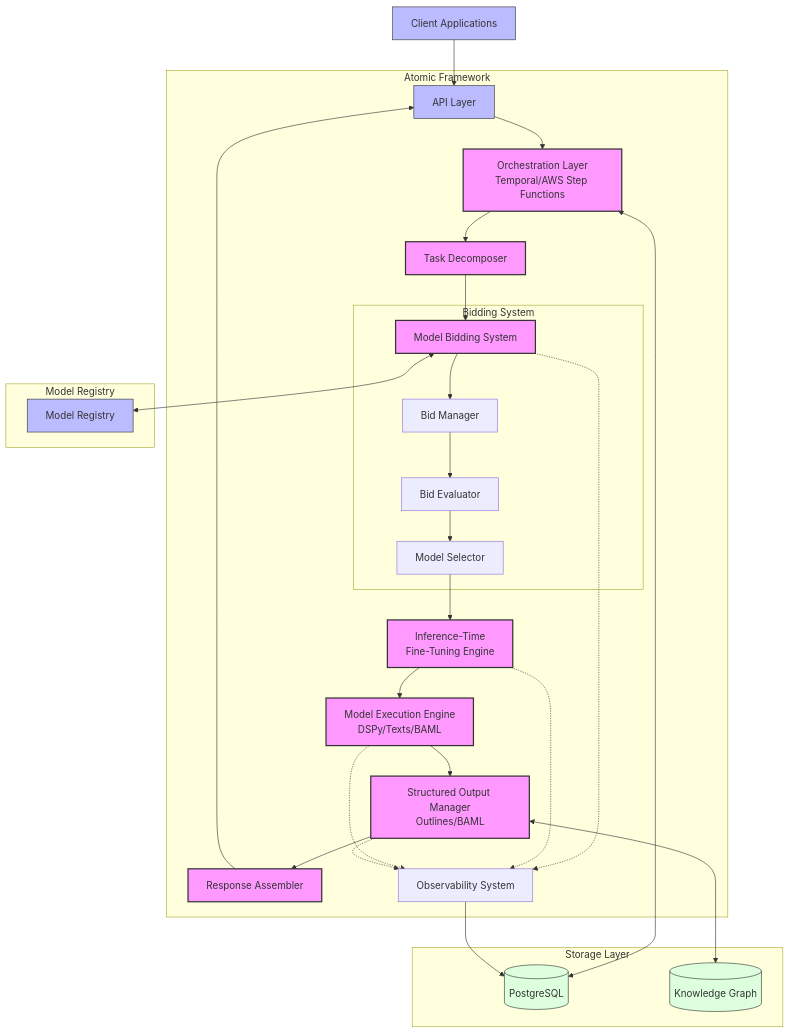
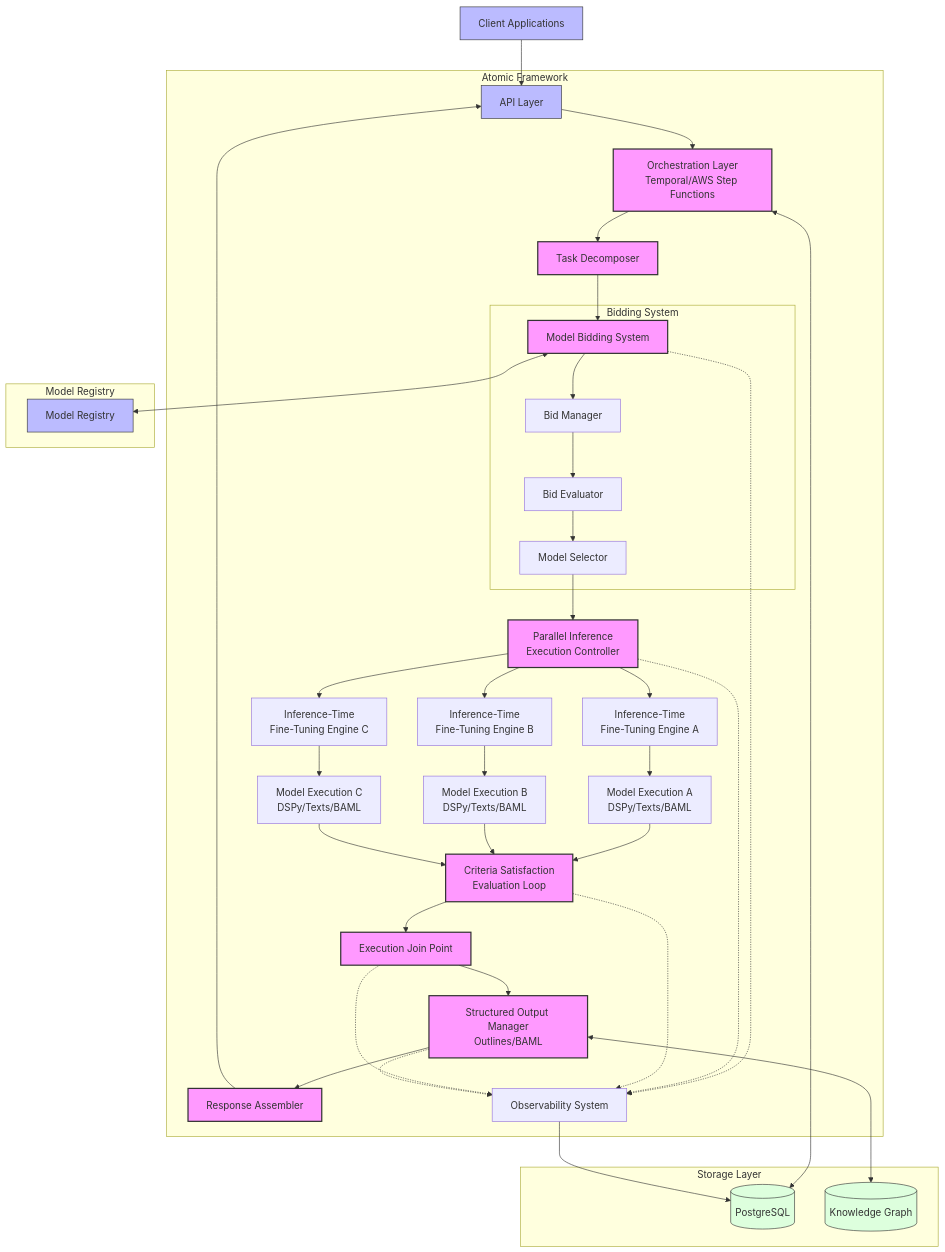
One commit to andrewhopper/atomic changed the first of 2 diagrams in readme.md. Above: the diagram before and after it, drawn with Mermaid. The commit also changed other lines of this file, not shown here.

````diff
--- a/readme.md
+++ b/readme.md
@@ -28,63 +27,80 @@
 ```mermaid
 graph TD
     %% External Interfaces
     Client[Client Applications] --> API[API Layer]
     
     %% Core Components
     subgraph "Atomic Framework"
         API --> Orchestration[Orchestration Layer<br>Temporal/AWS Step Functions]
         
         %% Task Processing Flow
         Orchestration --> TaskDecomposer[Task Decomposer]
         TaskDecomposer --> BiddingSystem[Model Bidding System]
         
         %% Bidding System Components
         subgraph "Bidding System"
             BiddingSystem --> BidManager[Bid Manager]
             BidManager --> BidEvaluator[Bid Evaluator]
             BidEvaluator --> ModelSelector[Model Selector]
         end
         
-        %% Model Execution
-        ModelSelector --> FineTuning[Inference-Time<br>Fine-Tuning Engine]
-        FineTuning --> ModelExecution[Model Execution Engine<br>DSPy/Texts/BAML]
+        %% Parallel Model Execution
+        ModelSelector --> ParallelExecution[Parallel Inference<br>Execution Controller]
+        
+        %% Parallel Execution Branches
+        ParallelExecution --> FineTuningA[Inference-Time<br>Fine-Tuning Engine A]
+        ParallelExecution --> FineTuningB[Inference-Time<br>Fine-Tuning Engine B]
+        ParallelExecution --> FineTuningC[Inference-Time<br>Fine-Tuning Engine C]
+        
+        FineTuningA --> ModelExecutionA[Model Execution A<br>DSPy/Texts/BAML]
+        FineTuningB --> ModelExecutionB[Model Execution B<br>DSPy/Texts/BAML]
+        FineTuningC --> ModelExecutionC[Model Execution C<br>DSPy/Texts/BAML]
+        
+        %% Criteria Evaluation Loop
+        ModelExecutionA --> CriteriaEvaluator[Criteria Satisfaction<br>Evaluation Loop]
+        ModelExecutionB --> CriteriaEvaluator
+        ModelExecutionC --> CriteriaEvaluator
+        
+        %% Join Point
+        CriteriaEvaluator --> JoinPoint[Execution Join Point]
         
         %% Output Processing
-        ModelExecution --> OutputValidator[Structured Output Manager<br>Outlines/BAML]
+        JoinPoint --> OutputValidator[Structured Output Manager<br>Outlines/BAML]
         OutputValidator --> ResponseAssembler[Response Assembler]
         
         %% Observability
         BiddingSystem -.-> Observability[Observability System]
-        FineTuning -.-> Observability
-        ModelExecution -.-> Observability
+        ParallelExecution -.-> Observability
+        CriteriaEvaluator -.-> Observability
+        JoinPoint -.-> Observability
         OutputValidator -.-> Observability
     end
     
     %% External Components
     subgraph "Model Registry"
         ModelRegistry[Model Registry]
     end
     
     subgraph "Storage Layer"
         Database[(PostgreSQL)]
         KnowledgeGraph[(Knowledge Graph)]
     end
     
     %% Connections to External Components
     BiddingSystem <--> ModelRegistry
     Orchestration <--> Database
     OutputValidator <--> KnowledgeGraph
     Observability --> Database
     
     %% Final Output
     ResponseAssembler --> API
     
     %% Legend
     classDef core fill:#f9f,stroke:#333,stroke-width:2px
     classDef external fill:#bbf,stroke:#333,stroke-width:1px
     classDef data fill:#dfd,stroke:#333,stroke-width:1px
     
-    class Orchestration,TaskDecomposer,BiddingSystem,FineTuning,ModelExecution,OutputValidator,ResponseAssembler core
+    class Orchestration,TaskDecomposer,BiddingSystem,ParallelExecution,CriteriaEvaluator,JoinPoint,OutputValidator,ResponseAssembler core
     class API,Client,ModelRegistry external
     class Database,KnowledgeGraph data
 ```
````
